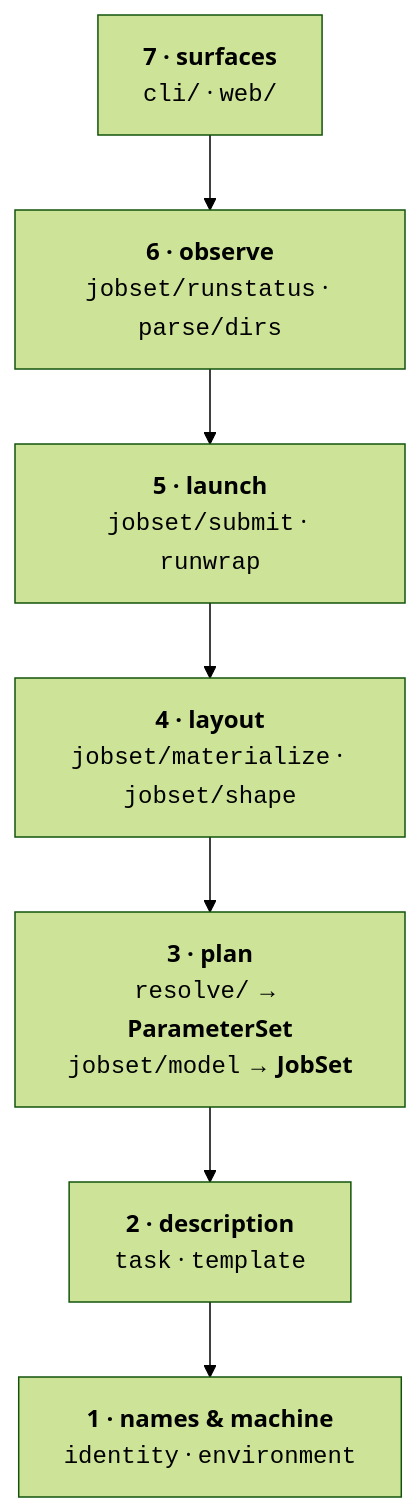
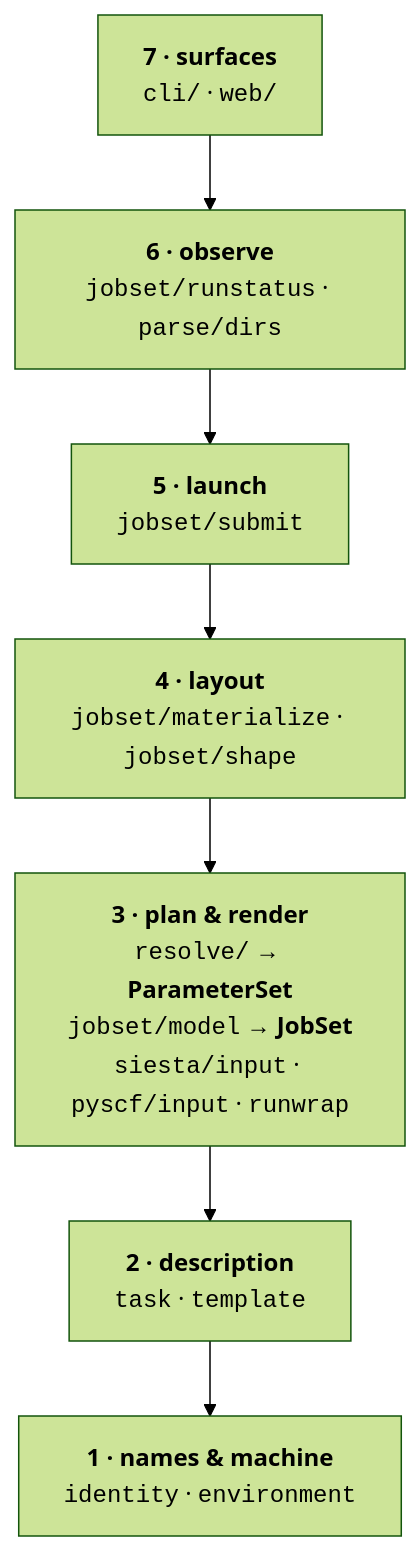
Before and after one commit to Qing-LAB/molbuilder: the third of 3 diagrams in docs/execution/generator.md, drawn with Mermaid (forest theme). The commit also changed other lines of this file and 106 other files, not shown here.

````diff
--- a/docs/execution/generator.md
+++ b/docs/execution/generator.md
@@ -468,11 +475,11 @@
 ```mermaid
 flowchart TB
     F7["<b>7 · surfaces</b><br/><code>cli/</code> · <code>web/</code>"]
     F6["<b>6 · observe</b><br/><code>jobset/runstatus</code> · <code>parse/dirs</code>"]
-    F5["<b>5 · launch</b><br/><code>jobset/submit</code> · <code>runwrap</code>"]
+    F5["<b>5 · launch</b><br/><code>jobset/submit</code>"]
     F4["<b>4 · layout</b><br/><code>jobset/materialize</code> · <code>jobset/shape</code>"]
-    F3["<b>3 · plan</b><br/><code>resolve/</code> → <b>ParameterSet</b><br/><code>jobset/model</code> → <b>JobSet</b>"]
+    F3["<b>3 · plan &amp; render</b><br/><code>resolve/</code> → <b>ParameterSet</b><br/><code>jobset/model</code> → <b>JobSet</b><br/><code>siesta/input</code> · <code>pyscf/input</code> · <code>runwrap</code>"]
     F2["<b>2 · description</b><br/><code>task</code> · <code>template</code>"]
     F1["<b>1 · names & machine</b><br/><code>identity</code> · <code>environment</code>"]
     F7 --> F6 --> F5 --> F4 --> F3 --> F2 --> F1
 ```
````
